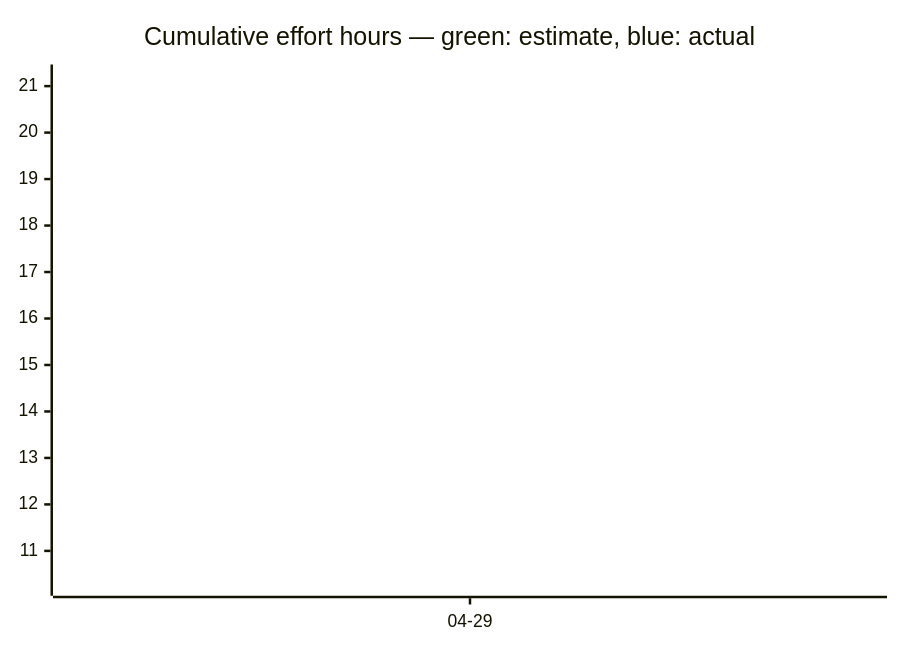
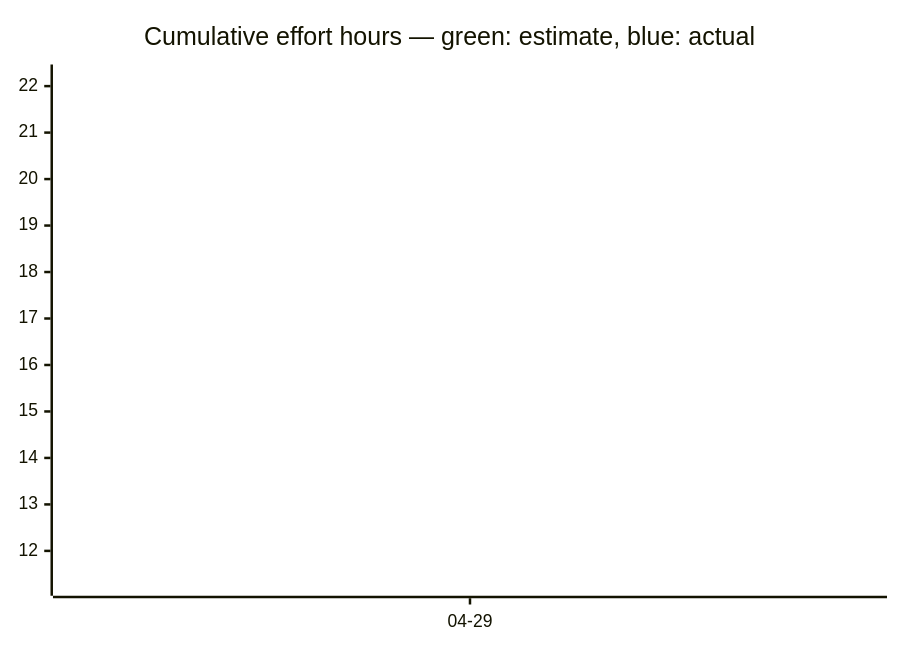
Before and after one commit to tgd1975/AwesomeStudioPedal: the third of 3 diagrams in docs/developers/tasks/OVERVIEW.md, drawn with Mermaid. The commit also changed other lines of this file and 8 other files, not shown here.

````diff
--- a/docs/developers/tasks/OVERVIEW.md
+++ b/docs/developers/tasks/OVERVIEW.md
@@ -38,7 +38,7 @@
 ```mermaid
 xychart-beta
     title "Cumulative effort hours — green: estimate, blue: actual"
     x-axis ["04-29"]
-    line [21.25]
-    line [10.25]
+    line [22.25]
+    line [11.25]
 ```
````
